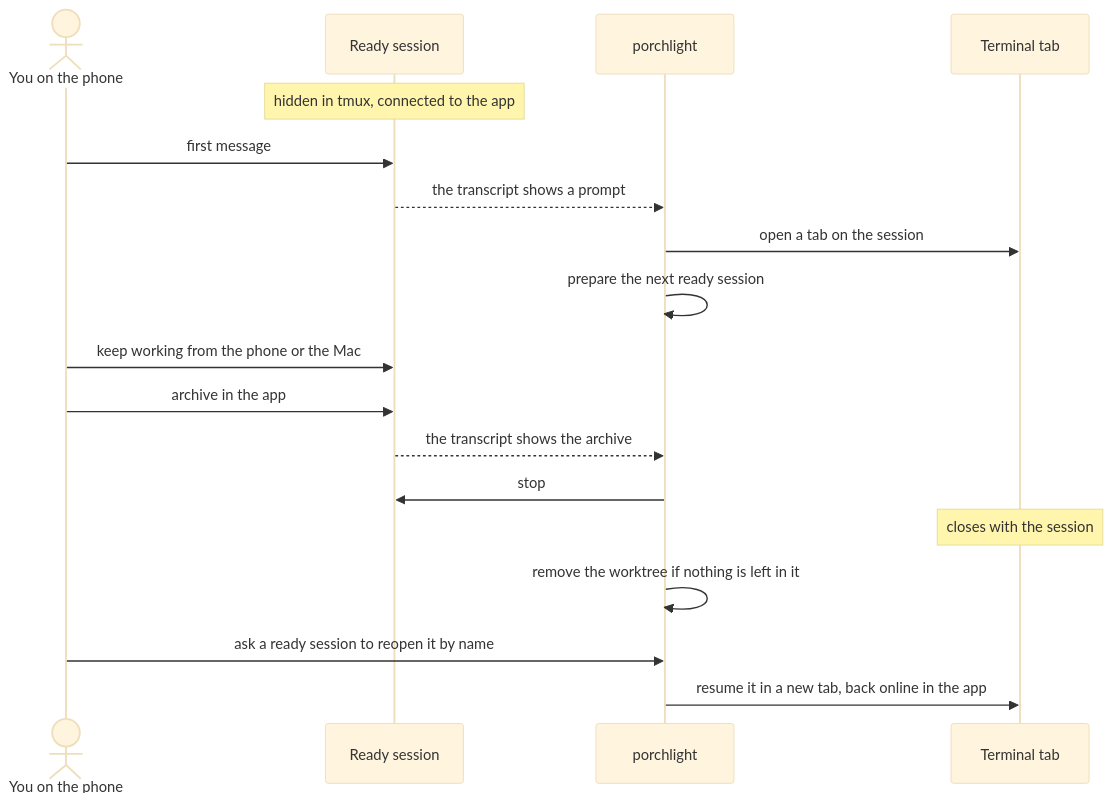
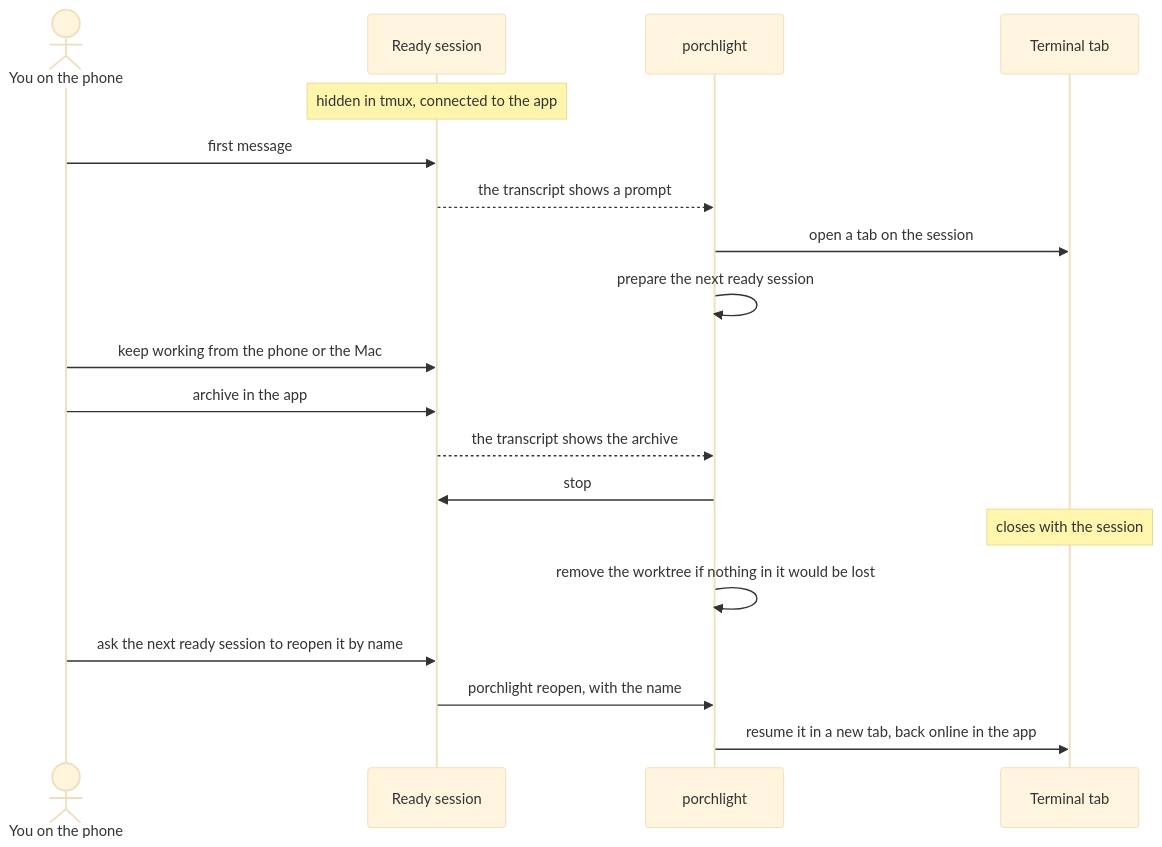
Before and after one commit to alejandrovdev/porchlight: the second of 3 diagrams in README.md, drawn with Mermaid (base theme). The commit also changed other lines of this file, not shown here.

````diff
--- a/README.md
+++ b/README.md
@@ -65,21 +261,22 @@
 ```mermaid
 sequenceDiagram
     actor You as You on the phone
     participant Ready as Ready session
     participant P as porchlight
     participant Tab as Terminal tab
 
     Note over Ready: hidden in tmux, connected to the app
     You->>Ready: first message
     Ready-->>P: the transcript shows a prompt
     P->>Tab: open a tab on the session
     P->>P: prepare the next ready session
     You->>Ready: keep working from the phone or the Mac
     You->>Ready: archive in the app
     Ready-->>P: the transcript shows the archive
     P->>Ready: stop
     Note over Tab: closes with the session
-    P->>P: remove the worktree if nothing is left in it
-    You->>P: ask a ready session to reopen it by name
+    P->>P: remove the worktree if nothing in it would be lost
+    You->>Ready: ask the next ready session to reopen it by name
+    Ready->>P: porchlight reopen, with the name
     P->>Tab: resume it in a new tab, back online in the app
 ```
````
